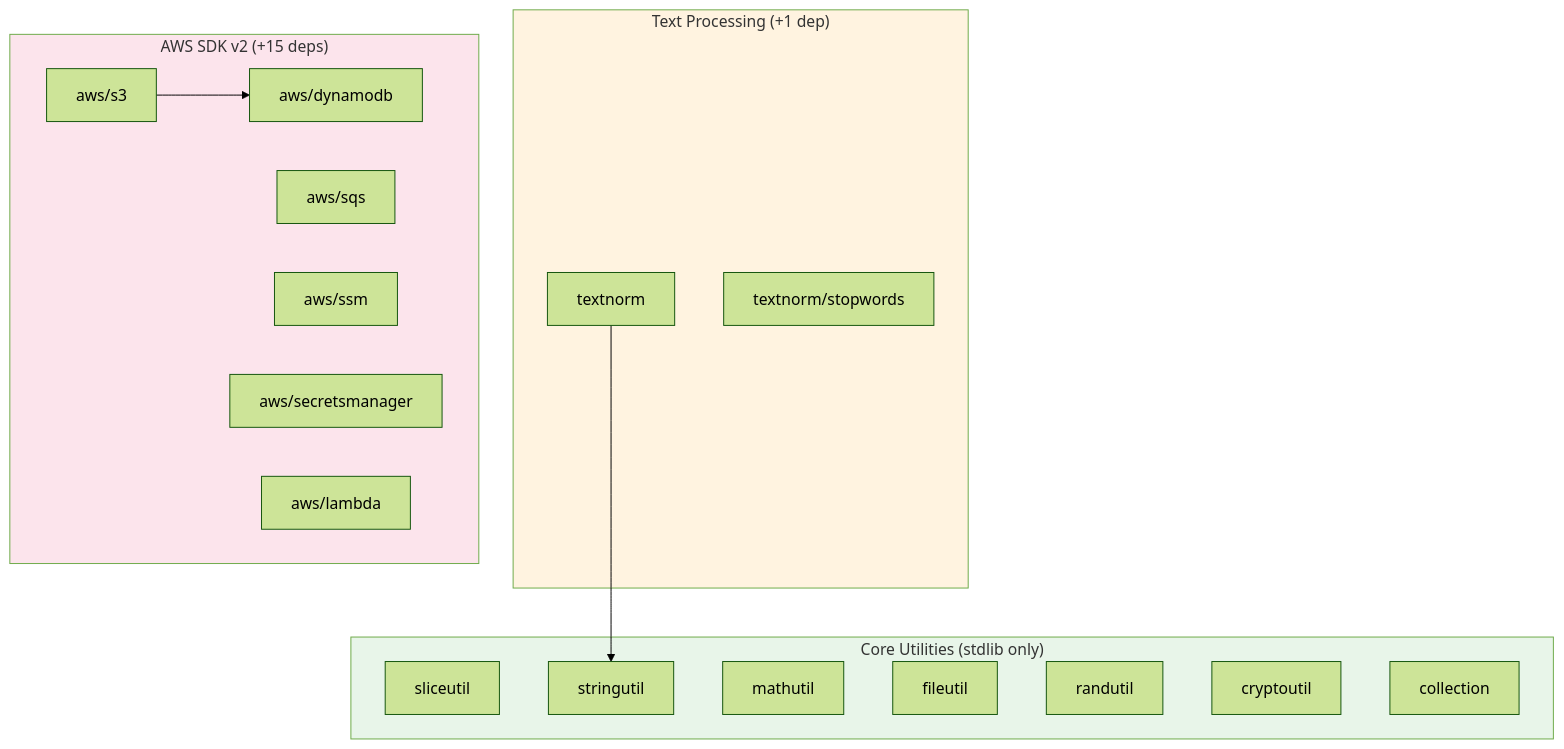
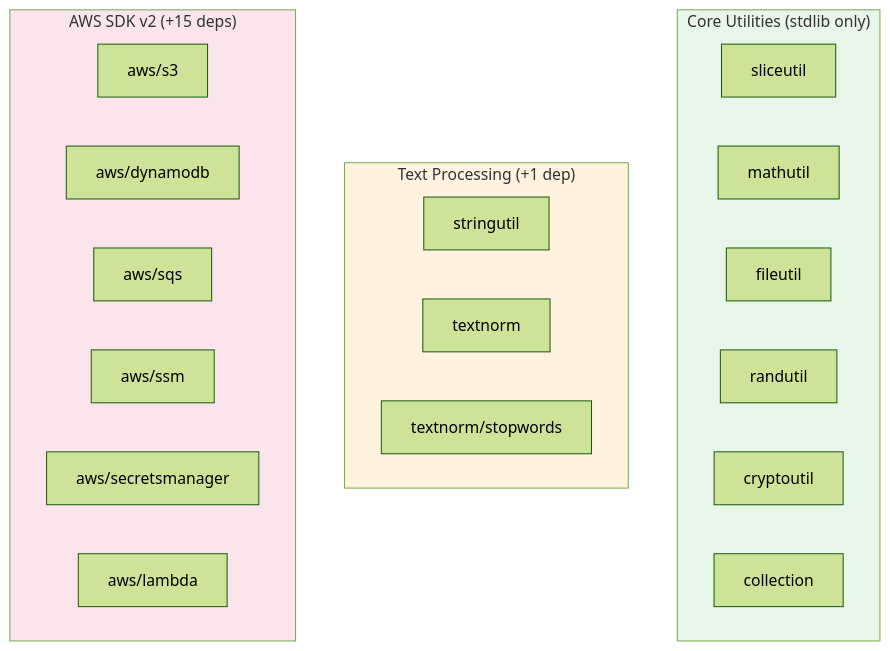
One commit to alessiosavi/GoGPUtils changed the first of 2 diagrams in docs/architecture.md. Above: the diagram before and after it, drawn with Mermaid (forest theme). The commit also changed other lines of this file and 14 other files, not shown here.

````diff
--- a/docs/architecture.md
+++ b/docs/architecture.md
@@ -14,32 +14,30 @@
 ```mermaid
 graph TB
     subgraph Core["Core Utilities (stdlib only)"]
         SL[sliceutil]
-        STR[stringutil]
         M[mathutil]
         F[fileutil]
         RD[randutil]
         CR[cryptoutil]
         COL[collection]
     end
 
     subgraph Text["Text Processing (+1 dep)"]
+        STR[stringutil]
         TN[textnorm]
         SW[textnorm/stopwords]
     end
 
     subgraph AWS["AWS SDK v2 (+15 deps)"]
         S3[aws/s3]
         DDB[aws/dynamodb]
         SQS[aws/sqs]
         SSM[aws/ssm]
         SM[aws/secretsmanager]
         L[aws/lambda]
     end
 
-    TN --> STR
-    S3 --> DDB
     style Core fill:#e8f5e9
     style Text fill:#fff3e0
     style AWS fill:#fce4ec
 ```
````
